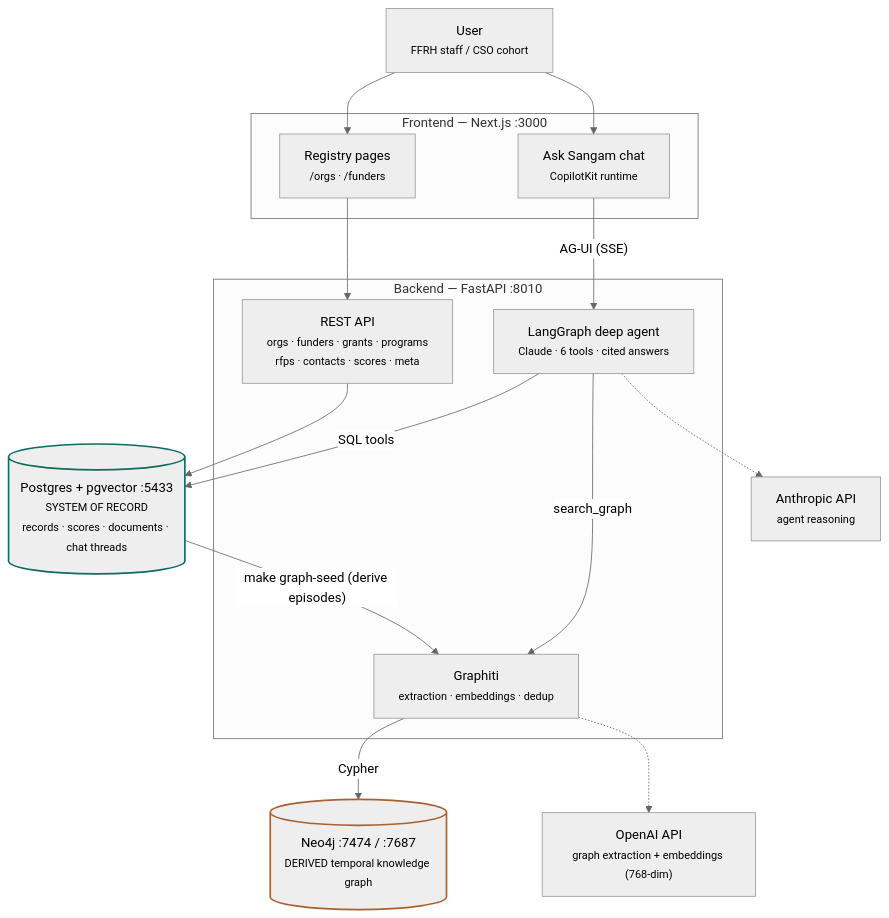
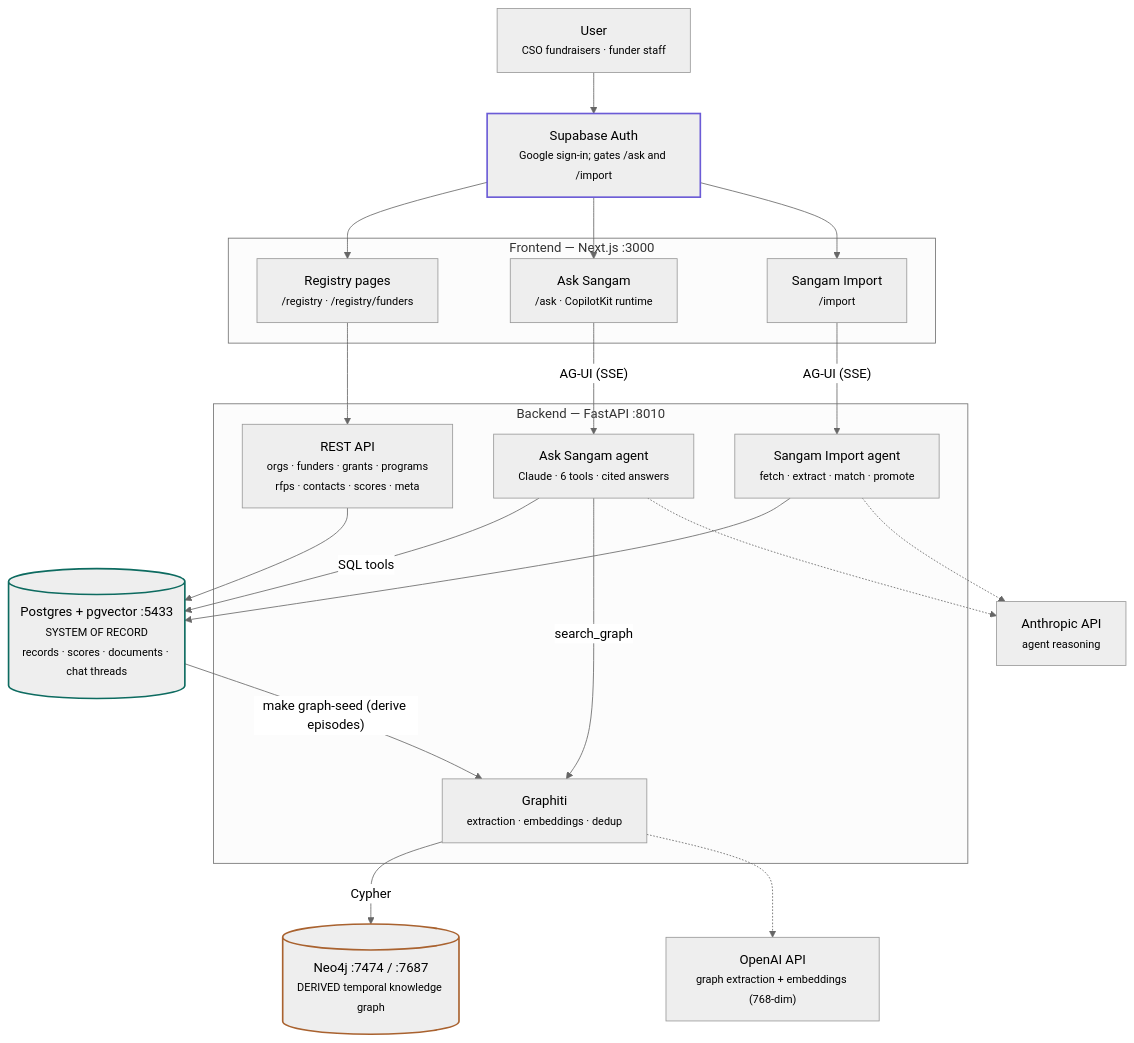
The diagram in README.md (project-tech4dev/sangam), drawn with Mermaid (neutral theme) before and after one commit. The commit also changed other lines of this file and 3 other files, not shown here.

````diff
--- a/README.md
+++ b/README.md
@@ -61,35 +25,43 @@
 ```mermaid
 flowchart TD
-  U["User<br/><small>FFRH staff / CSO cohort</small>"]
+  U["User<br/><small>CSO fundraisers · funder staff</small>"]
+  AUTH["Supabase Auth<br/><small>Google sign-in; gates /ask and /import</small>"]
 
   subgraph FE["Frontend — Next.js :3000"]
-    PAGES["Registry pages<br/><small>/orgs · /funders</small>"]
-    CHAT["Ask Sangam chat<br/><small>CopilotKit runtime</small>"]
+    PAGES["Registry pages<br/><small>/registry · /registry/funders</small>"]
+    CHAT["Ask Sangam<br/><small>/ask · CopilotKit runtime</small>"]
+    IMPORT["Sangam Import<br/><small>/import</small>"]
   end
 
   subgraph BE["Backend — FastAPI :8010"]
     REST["REST API<br/><small>orgs · funders · grants · programs<br/>rfps · contacts · scores · meta</small>"]
-    AGENT["LangGraph deep agent<br/><small>Claude · 6 tools · cited answers</small>"]
+    AGENT["Ask Sangam agent<br/><small>Claude · 6 tools · cited answers</small>"]
+    INGEST["Sangam Import agent<br/><small>fetch · extract · match · promote</small>"]
     GRT["Graphiti<br/><small>extraction · embeddings · dedup</small>"]
   end
 
   PG[("Postgres + pgvector :5433<br/><small>SYSTEM OF RECORD<br/>records · scores · documents · chat threads</small>")]
   NEO[("Neo4j :7474 / :7687<br/><small>DERIVED temporal knowledge graph</small>")]
 
   ANT["Anthropic API<br/><small>agent reasoning</small>"]
   OAI["OpenAI API<br/><small>graph extraction + embeddings (768-dim)</small>"]
 
-  U --> PAGES & CHAT
+  U --> AUTH
+  AUTH --> PAGES & CHAT & IMPORT
   PAGES --> REST
   CHAT -- "AG-UI (SSE)" --> AGENT
+  IMPORT -- "AG-UI (SSE)" --> INGEST
   REST --> PG
   AGENT -- "SQL tools" --> PG
+  INGEST --> PG
   AGENT -- "search_graph" --> GRT
   GRT -- Cypher --> NEO
   PG -- "make graph-seed (derive episodes)" --> GRT
   AGENT -.-> ANT
+  INGEST -.-> ANT
   GRT -.-> OAI
 
   style PG stroke:#0d6b60,stroke-width:2px
   style NEO stroke:#a9622f,stroke-width:2px
+  style AUTH stroke:#6b5bd6,stroke-width:2px
 ```
````
